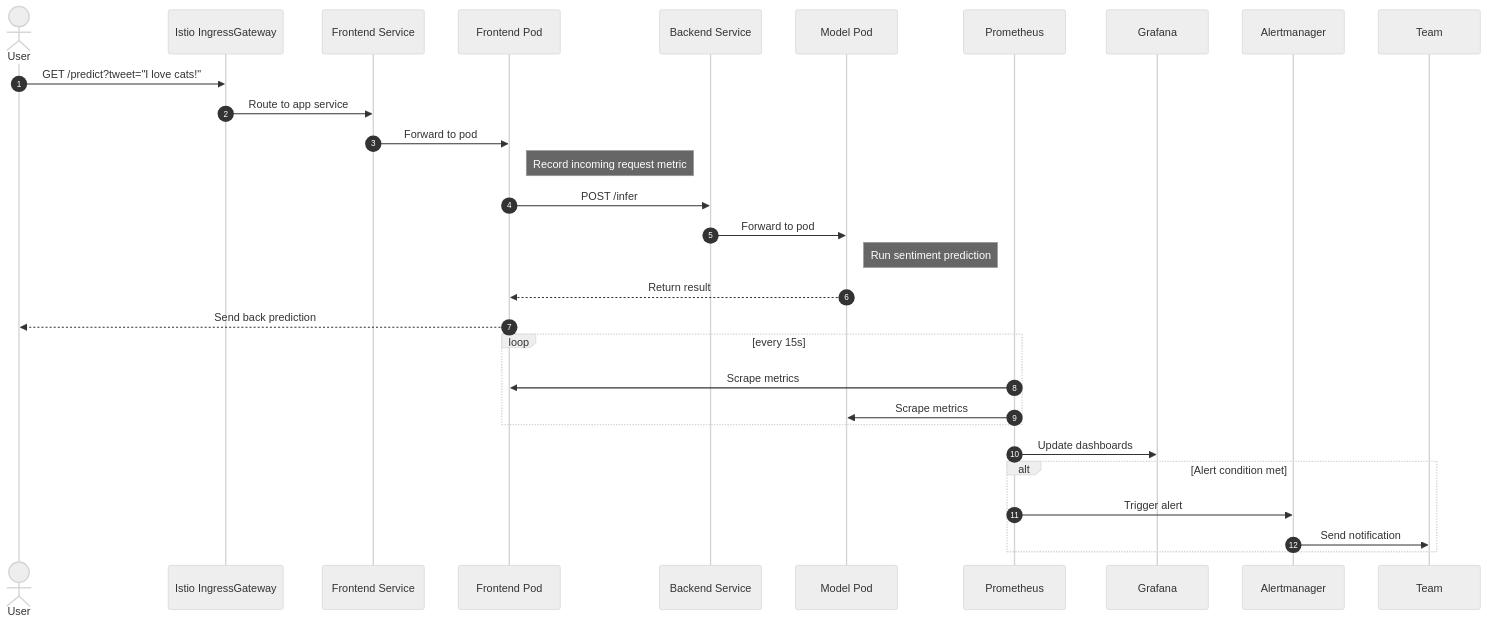
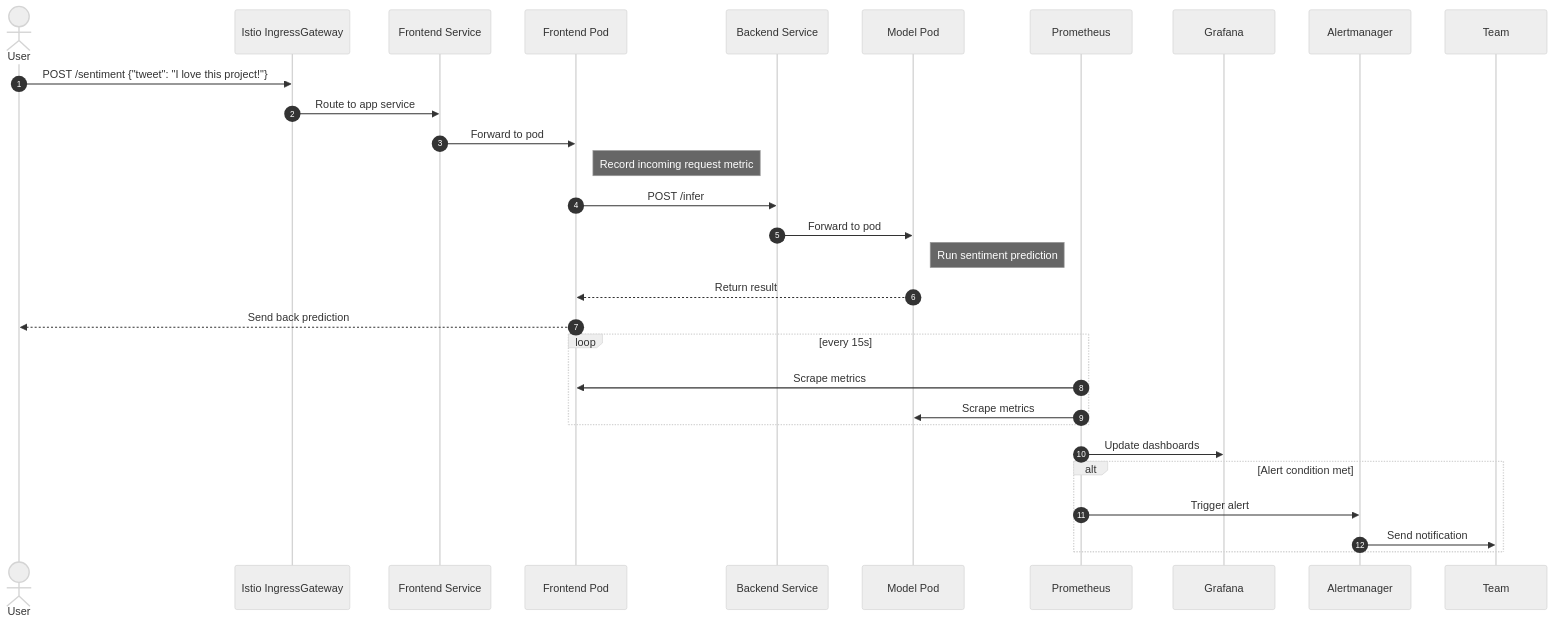
The second of 3 diagrams in docs/deployment.md (remla25-team1/operation), drawn with Mermaid (neutral theme) before and after one commit. The commit also changed other lines of this file, not shown here.

````diff
--- a/docs/deployment.md
+++ b/docs/deployment.md
@@ -53,39 +53,39 @@
 ```mermaid
 sequenceDiagram
     autonumber
     actor User
     participant Ingress as Istio IngressGateway
     participant AppService as Frontend Service
     participant AppPod as Frontend Pod
     participant ModelService as Backend Service
     participant ModelPod as Model Pod
     participant Prometheus
     participant Grafana
     participant Alertmanager
 
-    User->>Ingress: GET /predict?tweet="I love cats!"
+    User->>Ingress: POST /sentiment {"tweet": "I love this project!"}
     Ingress->>AppService: Route to app service
     AppService->>AppPod: Forward to pod
 
     Note right of AppPod: Record incoming request metric
 
     AppPod->>ModelService: POST /infer
     ModelService->>ModelPod: Forward to pod
 
     Note right of ModelPod: Run sentiment prediction
 
     ModelPod-->>AppPod: Return result
     AppPod-->>User: Send back prediction
 
     loop every 15s
         Prometheus->>AppPod: Scrape metrics
         Prometheus->>ModelPod: Scrape metrics
     end
 
     Prometheus->>Grafana: Update dashboards
 
     alt Alert condition met
         Prometheus->>Alertmanager: Trigger alert
         Alertmanager->>Team: Send notification
     end
 ```
````
